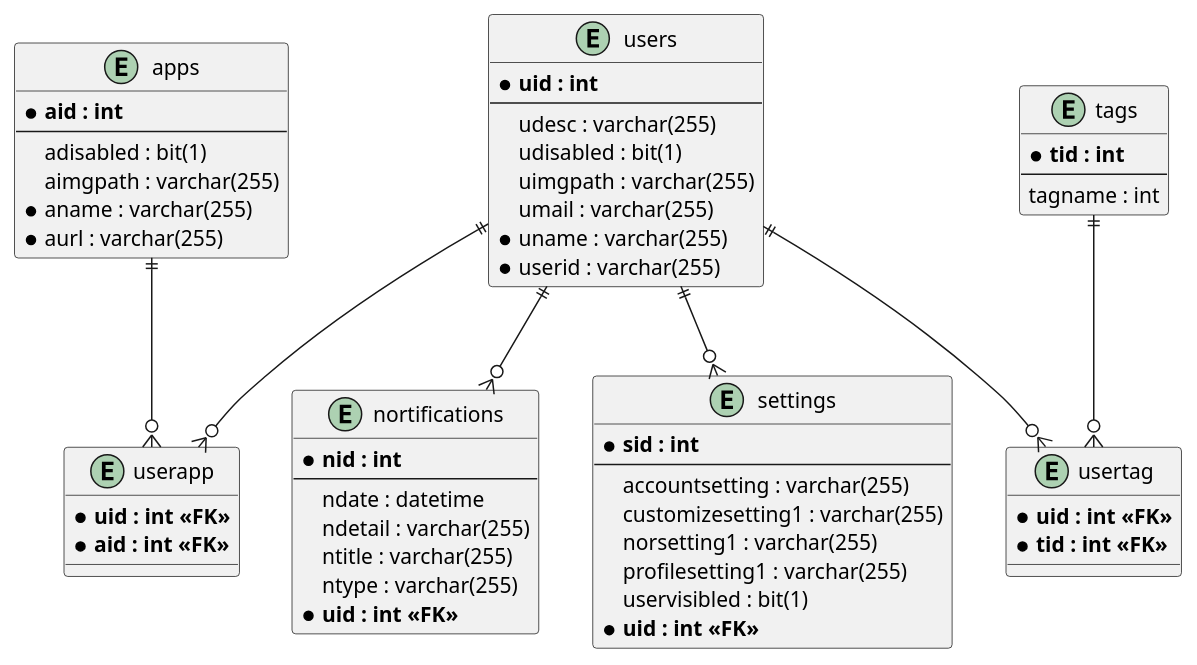
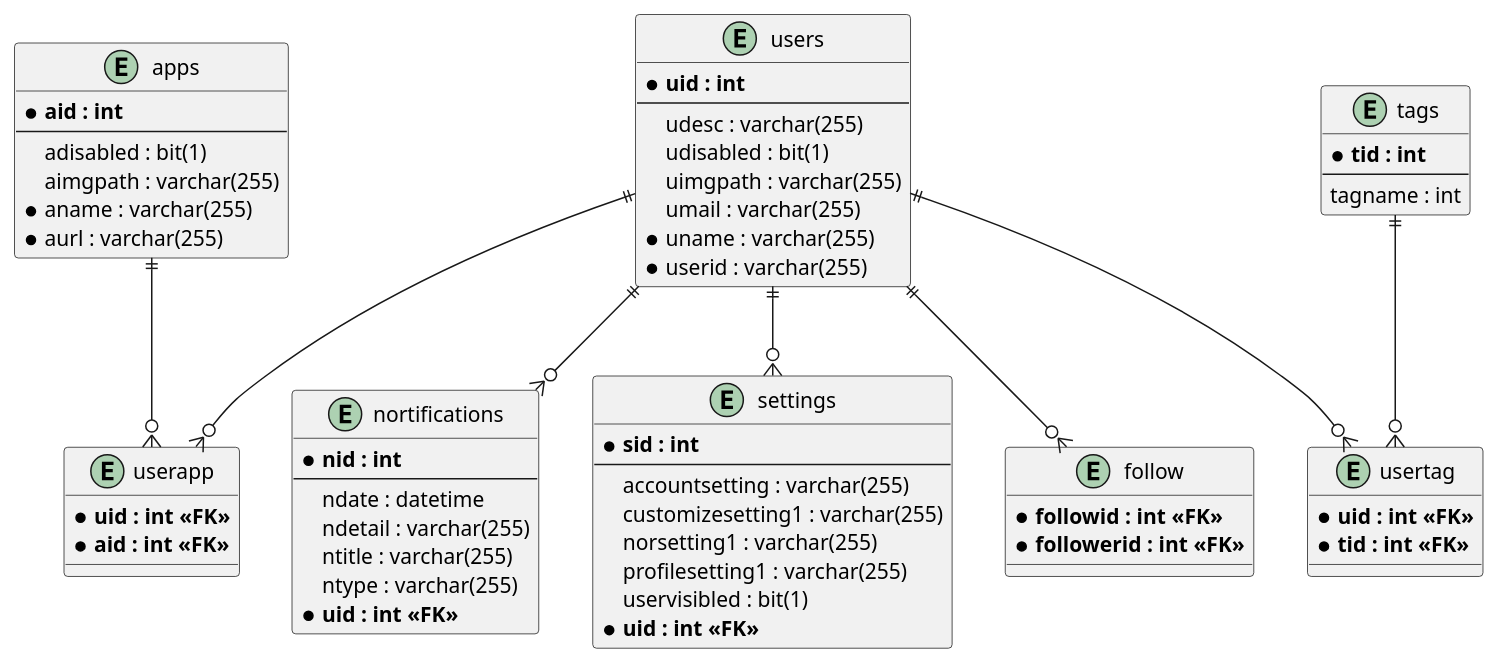
One commit to MewW6m/Mineso changed the diagram in docs/3_dd/3.1.4.ERDiagram.md. Above: the diagram before and after it, drawn with PlantUML. The commit also changed 83 other files, not shown here.

````diff
--- a/docs/3_dd/3.1.4.ERDiagram.md
+++ b/docs/3_dd/3.1.4.ERDiagram.md
@@ -3,60 +3,65 @@
 ```uml
 @startuml
 entity apps {
 	* **aid : int**
 	---
 	adisabled : bit(1)
 	aimgpath : varchar(255) 
 	* aname : varchar(255)
 	* aurl : varchar(255)
 }
 entity users{
 	* **uid : int**
 	---
 	udesc : varchar(255)
 	udisabled : bit(1)
 	uimgpath : varchar(255)
 	umail : varchar(255)
 	* uname : varchar(255)
 	* userid : varchar(255)
 }
 entity tags{
 	* **tid : int**
 	---
 	tagname : int
 }
 entity nortifications{
 	* **nid : int**
 	---
 	ndate : datetime
 	ndetail : varchar(255)
 	ntitle : varchar(255)
 	ntype : varchar(255)
 	* **uid : int <<FK>>**
 }
 entity settings{
 	* **sid : int**
 	---
 	accountsetting : varchar(255)
 	customizesetting1 : varchar(255)
 	norsetting1 : varchar(255)
 	profilesetting1 : varchar(255)
 	uservisibled : bit(1)
 	* **uid : int <<FK>>**
 }
 entity userapp{
 	* **uid : int <<FK>>**
 	* **aid : int <<FK>>**
 }
 entity usertag{
 	* **uid : int <<FK>>**
 	* **tid : int <<FK>>**
 }
+entity follow{
+	* **followid : int <<FK>>**
+	* **followerid : int <<FK>>**
+}
 apps ||--o{ userapp
 users ||--o{ userapp
 tags  ||--o{ usertag
 users  ||--o{ usertag
 users  ||--o{ nortifications
 users  ||--o{ settings
+users ||--o{ follow
 @enduml
 ```
````
